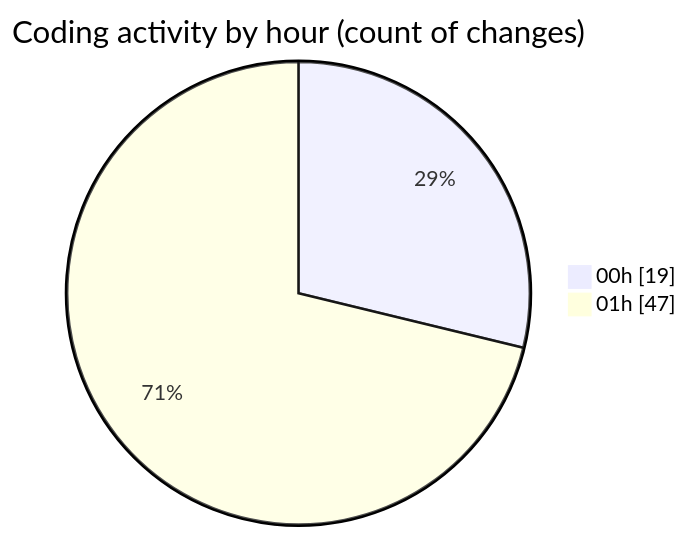
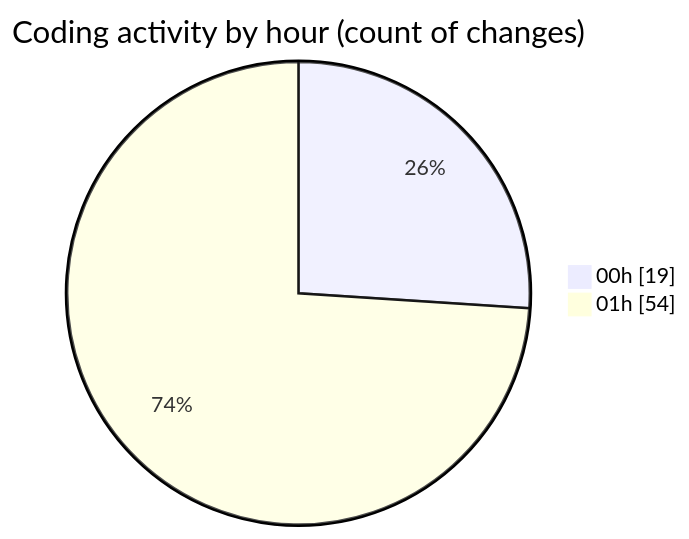
Before and after one commit to lephambinh05/code-tracking: the second of 2 diagrams in 2025-07-25/quanlyrapchieuphim-1/README.md, drawn with Mermaid. The commit also changed other lines of this file and 1 other file, not shown here.

````diff
--- a/2025-07-25/quanlyrapchieuphim-1/README.md
+++ b/2025-07-25/quanlyrapchieuphim-1/README.md
@@ -33,6 +33,6 @@
 ```mermaid
 pie showData
 title Coding activity by hour (count of changes)
 "00h" : 19
-"01h" : 47
+"01h" : 54
 ```
````
